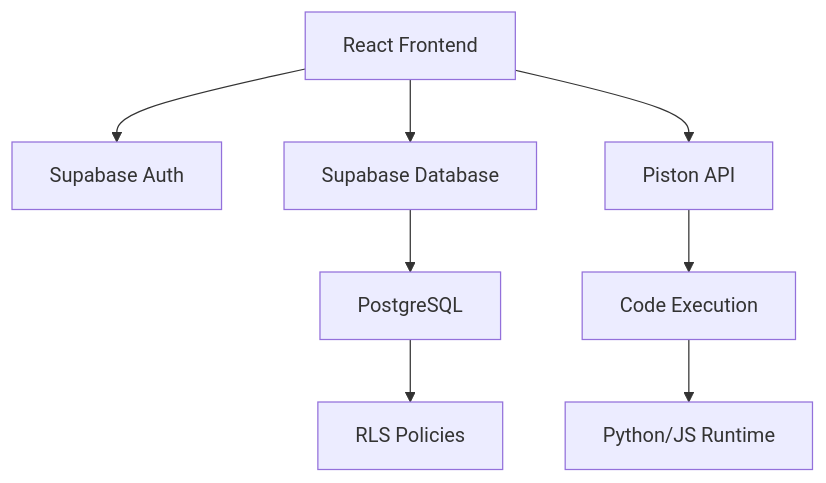
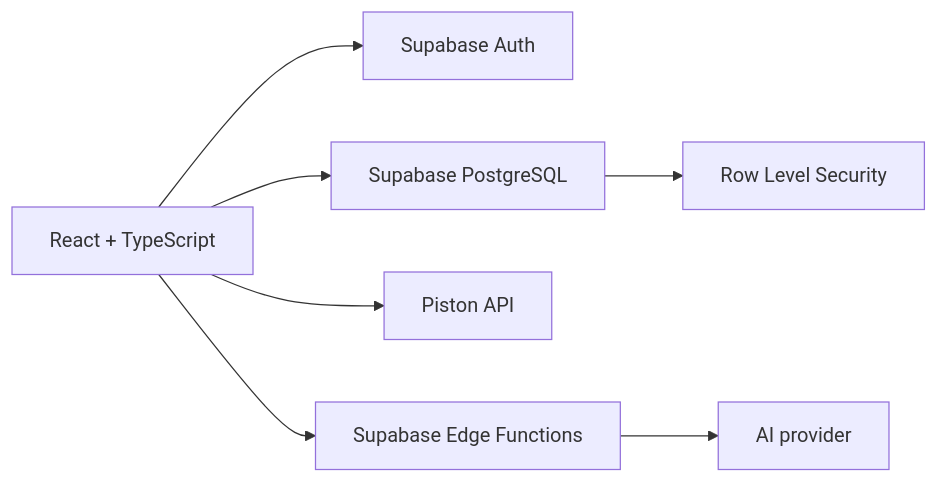
The diagram in README.md (chas36/sarpedon), drawn with Mermaid before and after one commit. The commit also changed other lines of this file and 5 other files, not shown here.

````diff
--- a/README.md
+++ b/README.md
@@ -324,12 +58,9 @@
 ```mermaid
-graph TB
-    A[React Frontend] --> B[Supabase Auth]
-    A --> C[Supabase Database]
+graph LR
+    A[React + TypeScript] --> B[Supabase Auth]
+    A --> C[Supabase PostgreSQL]
     A --> D[Piston API]
-
-    C --> E[PostgreSQL]
-    E --> F[RLS Policies]
-
-    D --> G[Code Execution]
-    G --> H[Python/JS Runtime]
+    A --> E[Supabase Edge Functions]
+    C --> F[Row Level Security]
+    E --> G[AI provider]
 ```
````
